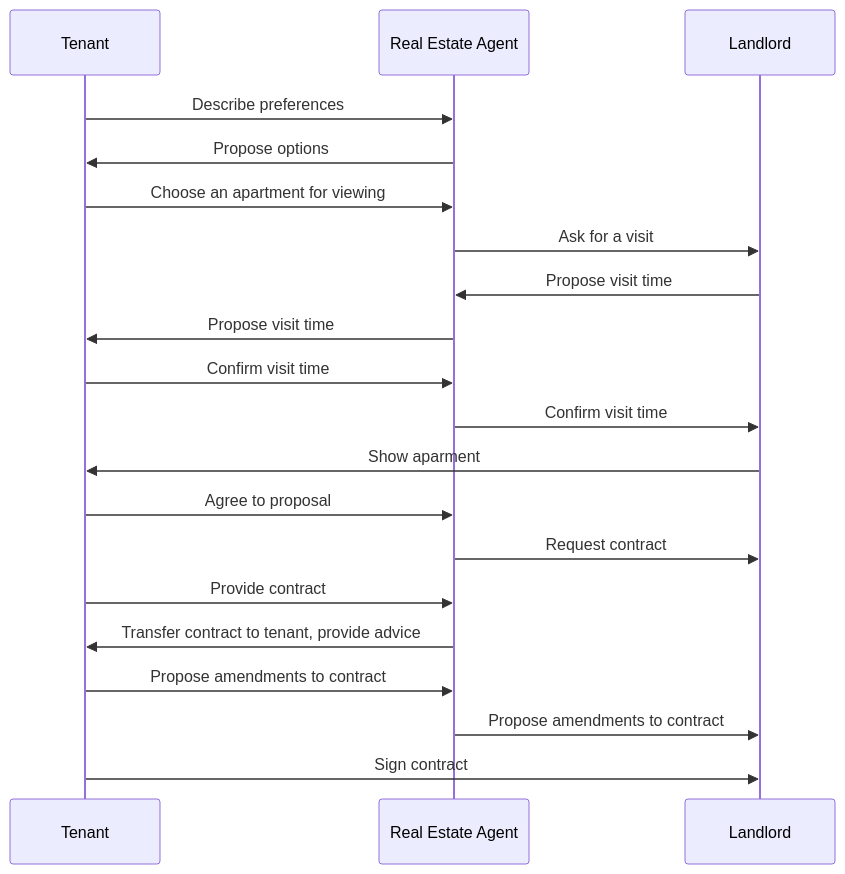
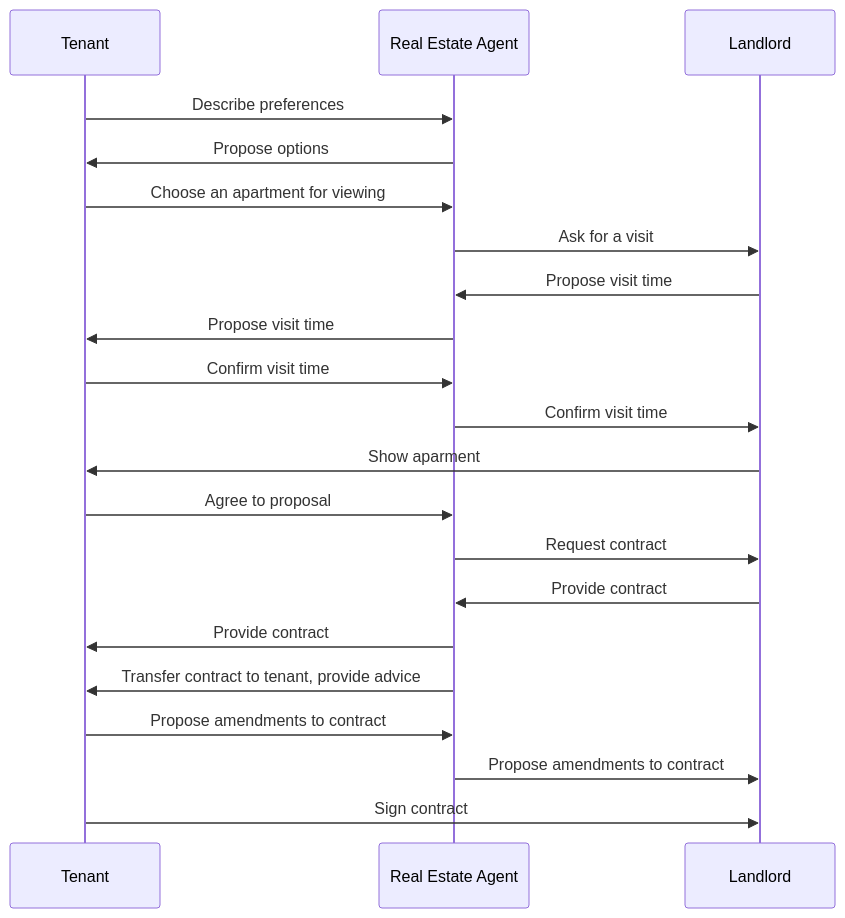
Before and after one commit to yusale9/student-showcase: the diagram in student-work/2023/Sergey-Boroditsky/sequence_diagram.md, drawn with Mermaid.

````diff
--- a/student-work/2023/Sergey-Boroditsky/sequence_diagram.md
+++ b/student-work/2023/Sergey-Boroditsky/sequence_diagram.md
@@ -3,19 +3,20 @@
 ```mermaid
 sequenceDiagram
     Tenant->>Real Estate Agent: Describe preferences;
     Real Estate Agent->>Tenant: Propose options;
     Tenant->>Real Estate Agent: Choose an apartment for viewing;
     Real Estate Agent->>Landlord: Ask for a visit;
     Landlord->>Real Estate Agent: Propose visit time;
     Real Estate Agent->>Tenant: Propose visit time;
     Tenant->>Real Estate Agent: Confirm visit time;
     Real Estate Agent->>Landlord: Confirm visit time;
     Landlord->>Tenant: Show aparment;
     Tenant->>Real Estate Agent: Agree to proposal;
     Real Estate Agent->>Landlord: Request contract;
-    Tenant->>Real Estate Agent: Provide contract;
+    Landlord->>Real Estate Agent: Provide contract;
+    Real Estate Agent->>Tenant: Provide contract;
     Real Estate Agent->>Tenant: Transfer contract to tenant, provide advice;
     Tenant->>Real Estate Agent: Propose amendments to contract;
     Real Estate Agent->>Landlord: Propose amendments to contract;
     Tenant->>Landlord: Sign contract;
 ```
````
